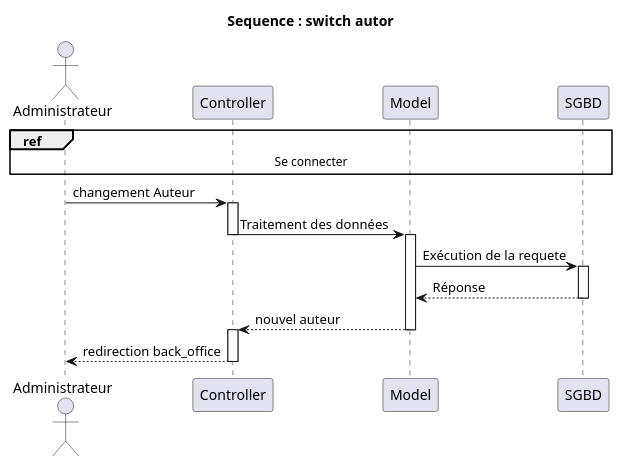
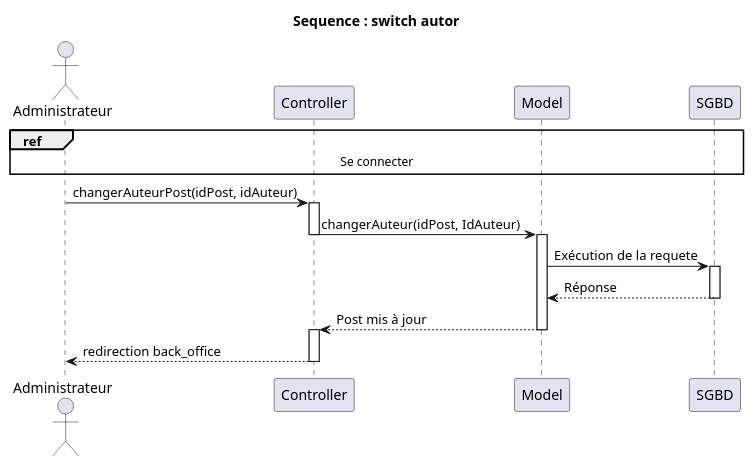
One commit to kenchi-san/blog-pro changed the diagram in UML/switch Autor.puml. Above: the diagram before and after it, drawn with PlantUML. The commit also changed 23 other files, not shown here.

```diff
--- a/UML/switch Autor.puml
+++ b/UML/switch Autor.puml
@@ -1,30 +1,30 @@
 @startuml
 
 title Sequence : switch autor
 
 actor Administrateur as Ad
 participant Controller as C
 participant Model as M
 
 participant SGBD as bdd
 ref over Ad,C,M,bdd : Se connecter
-Ad->C:changement Auteur
+Ad->C:changerAuteurPost(idPost, idAuteur)
 activate C
-C->M: Traitement des données
+C->M: changerAuteur(idPost, IdAuteur)
 deactivate C
 activate M
 M->bdd: Exécution de la requete
 activate bdd
 bdd-->M:Réponse
 deactivate bdd
-M-->C:nouvel auteur
+M-->C:Post mis à jour
 deactivate M
 activate C
 C-->Ad: redirection back_office
 deactivate C
 
 
 
 
 
 @enduml
```
